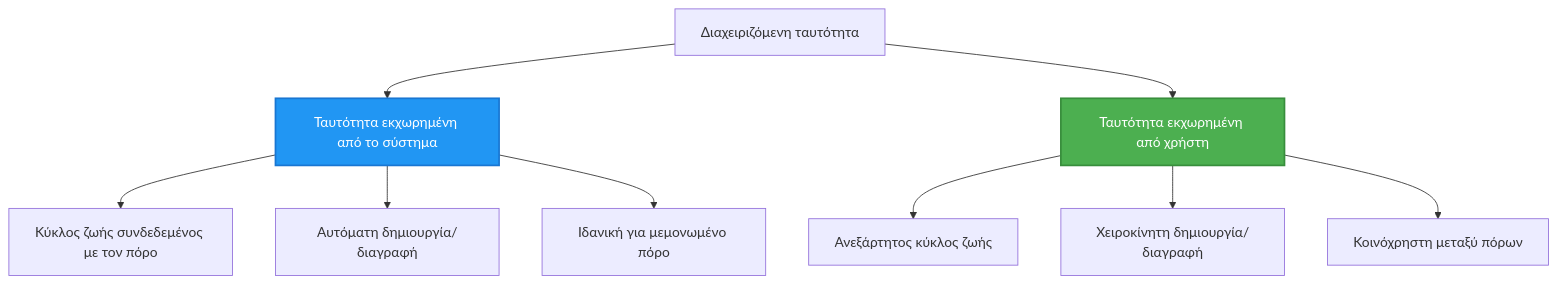
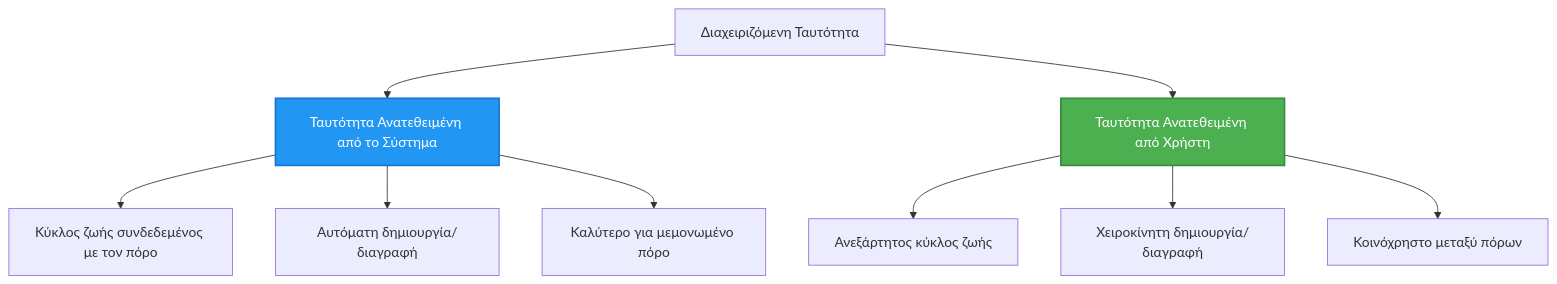
One commit to microsoft/AZD-for-beginners changed the second of 2 diagrams in translations/el/docs/chapter-03-configuration/authsecurity.md. Above: the diagram before and after it, drawn with Mermaid. The commit also changed other lines of this file and 101 other files, not shown here.

````diff
--- a/translations/el/docs/chapter-03-configuration/authsecurity.md
+++ b/translations/el/docs/chapter-03-configuration/authsecurity.md
@@ -97,20 +97,20 @@
 ```mermaid
 graph TB
-    MI[Διαχειριζόμενη ταυτότητα]
-    SystemAssigned[Ταυτότητα εκχωρημένη από το σύστημα]
-    UserAssigned[Ταυτότητα εκχωρημένη από χρήστη]
+    MI[Διαχειριζόμενη Ταυτότητα]
+    SystemAssigned[Ταυτότητα Ανατεθειμένη από το Σύστημα]
+    UserAssigned[Ταυτότητα Ανατεθειμένη από Χρήστη]
     
     MI --> SystemAssigned
     MI --> UserAssigned
     
     SystemAssigned --> SA1[Κύκλος ζωής συνδεδεμένος με τον πόρο]
     SystemAssigned --> SA2[Αυτόματη δημιουργία/διαγραφή]
-    SystemAssigned --> SA3[Ιδανική για μεμονωμένο πόρο]
+    SystemAssigned --> SA3[Καλύτερο για μεμονωμένο πόρο]
     
     UserAssigned --> UA1[Ανεξάρτητος κύκλος ζωής]
     UserAssigned --> UA2[Χειροκίνητη δημιουργία/διαγραφή]
-    UserAssigned --> UA3[Κοινόχρηστη μεταξύ πόρων]
+    UserAssigned --> UA3[Κοινόχρηστο μεταξύ πόρων]
     
     style SystemAssigned fill:#2196F3,stroke:#1976D2,stroke-width:2px,color:#fff
     style UserAssigned fill:#4CAF50,stroke:#388E3C,stroke-width:2px,color:#fff
 ```
````
